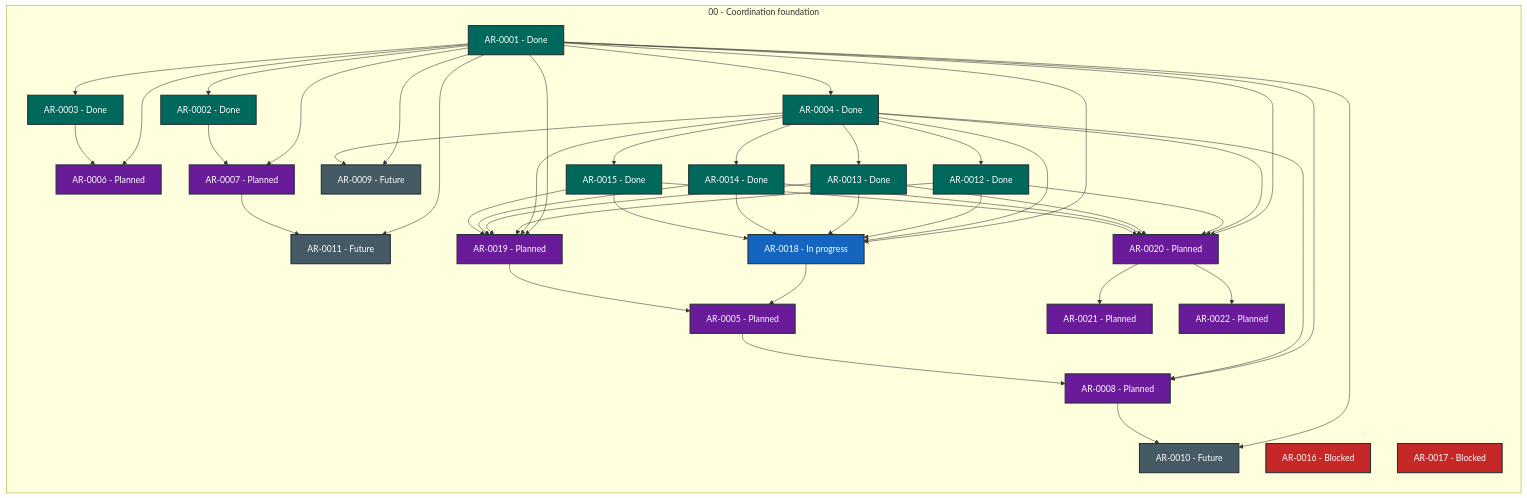
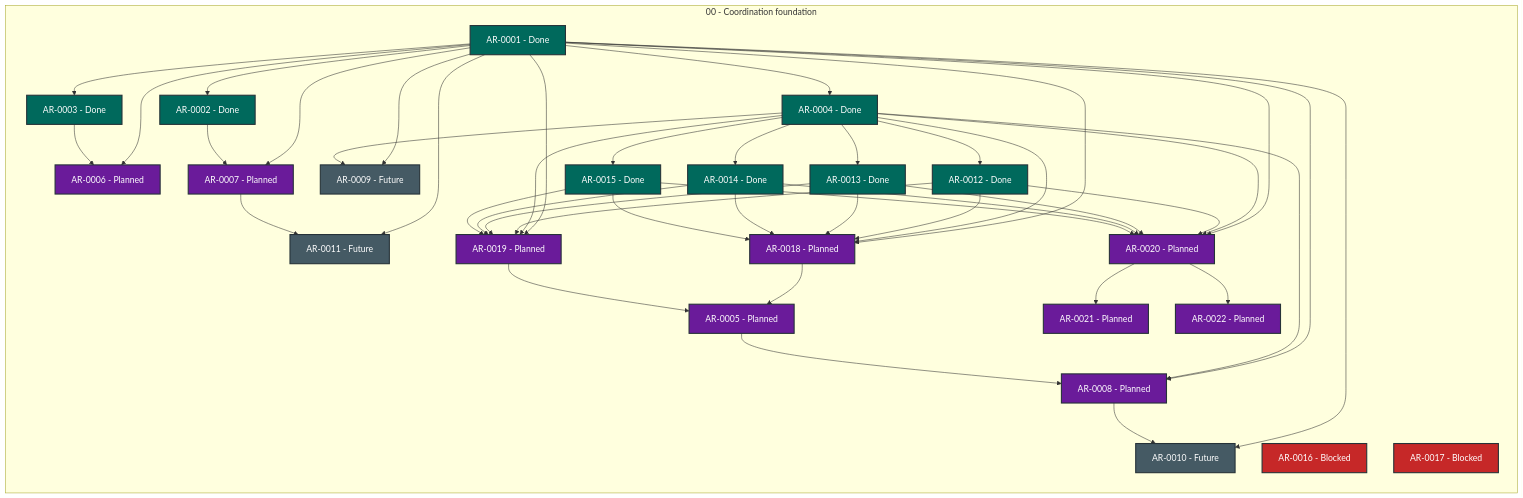
One commit to martin-beck/agent-workflow-quality-state changed the diagram in STATUS.md. Above: the diagram before and after it, drawn with Mermaid. The commit also changed other lines of this file and 2 other files, not shown here.

````diff
--- a/STATUS.md
+++ b/STATUS.md
@@ -27,78 +27,78 @@
 ```mermaid
 flowchart LR
     subgraph series_00["00 - Coordination foundation"]
         direction TB
         AR_0001["AR-0001 - Done"]:::status_done
         AR_0002["AR-0002 - Done"]:::status_done
         AR_0003["AR-0003 - Done"]:::status_done
         AR_0004["AR-0004 - Done"]:::status_done
         AR_0005["AR-0005 - Planned"]:::status_planned
         AR_0006["AR-0006 - Planned"]:::status_planned
         AR_0007["AR-0007 - Planned"]:::status_planned
         AR_0008["AR-0008 - Planned"]:::status_planned
         AR_0009["AR-0009 - Future"]:::status_future
         AR_0010["AR-0010 - Future"]:::status_future
         AR_0011["AR-0011 - Future"]:::status_future
         AR_0012["AR-0012 - Done"]:::status_done
         AR_0013["AR-0013 - Done"]:::status_done
         AR_0014["AR-0014 - Done"]:::status_done
         AR_0015["AR-0015 - Done"]:::status_done
         AR_0016["AR-0016 - Blocked"]:::status_blocked
         AR_0017["AR-0017 - Blocked"]:::status_blocked
-        AR_0018["AR-0018 - In progress"]:::status_in_progress
+        AR_0018["AR-0018 - Planned"]:::status_planned
         AR_0019["AR-0019 - Planned"]:::status_planned
         AR_0020["AR-0020 - Planned"]:::status_planned
         AR_0021["AR-0021 - Planned"]:::status_planned
         AR_0022["AR-0022 - Planned"]:::status_planned
     end
     AR_0001 --> AR_0002
     AR_0001 --> AR_0003
     AR_0001 --> AR_0004
     AR_0001 --> AR_0006
     AR_0001 --> AR_0007
     AR_0001 --> AR_0008
     AR_0001 --> AR_0009
     AR_0001 --> AR_0010
     AR_0001 --> AR_0011
     AR_0001 --> AR_0018
     AR_0001 --> AR_0019
     AR_0001 --> AR_0020
     AR_0002 --> AR_0007
     AR_0003 --> AR_0006
     AR_0004 --> AR_0008
     AR_0004 --> AR_0009
     AR_0004 --> AR_0012
     AR_0004 --> AR_0013
     AR_0004 --> AR_0014
     AR_0004 --> AR_0015
     AR_0004 --> AR_0018
     AR_0004 --> AR_0019
     AR_0004 --> AR_0020
     AR_0005 --> AR_0008
     AR_0007 --> AR_0011
     AR_0008 --> AR_0010
     AR_0012 --> AR_0018
     AR_0012 --> AR_0019
     AR_0012 --> AR_0020
     AR_0013 --> AR_0018
     AR_0013 --> AR_0019
     AR_0013 --> AR_0020
     AR_0014 --> AR_0018
     AR_0014 --> AR_0019
     AR_0014 --> AR_0020
     AR_0015 --> AR_0018
     AR_0015 --> AR_0019
     AR_0015 --> AR_0020
     AR_0018 --> AR_0005
     AR_0019 --> AR_0005
     AR_0020 --> AR_0021
     AR_0020 --> AR_0022
     classDef status_in_progress fill:#1565c0,color:#ffffff,stroke:#263238,stroke-width:2px
     classDef status_open fill:#2e7d32,color:#ffffff,stroke:#263238,stroke-width:2px
     classDef status_blocked fill:#c62828,color:#ffffff,stroke:#263238,stroke-width:2px
     classDef status_planned fill:#6a1b9a,color:#ffffff,stroke:#263238,stroke-width:2px
     classDef status_future fill:#455a64,color:#ffffff,stroke:#263238,stroke-width:2px
     classDef status_done fill:#00695c,color:#ffffff,stroke:#263238,stroke-width:2px
     classDef status_cancelled fill:#616161,color:#ffffff,stroke:#263238,stroke-width:2px
     classDef status_superseded fill:#5d4037,color:#ffffff,stroke:#263238,stroke-width:2px
 ```
````
